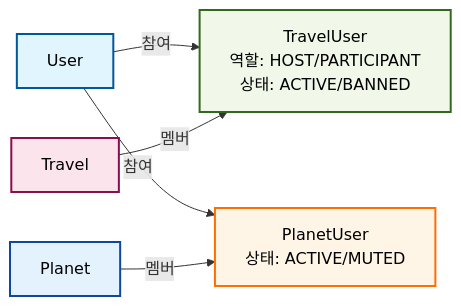
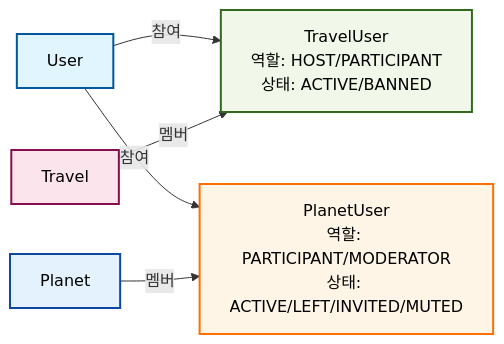
The fourth of 6 diagrams in .md/entity-relationship-diagram.md (maximizest/connecto-nest), drawn with Mermaid before and after one commit. The commit also changed other lines of this file, not shown here.

Commit message:
플래닛 사용자 엔티티의 역할 및 상태 정의 변경: PlanetUser 엔티티의 역할을 PARTICIPANT/MODERATOR로 수정하고, 상태를 ACTIVE/LEFT/INVITED/MUTED로 업데이트함. 추가 필드를 도입하여 사용자 관리 기능을 강화하고, 관련 문서에서 변경 사항을 반영함.

````diff
--- a/.md/entity-relationship-diagram.md
+++ b/.md/entity-relationship-diagram.md
@@ -86,19 +86,19 @@
 ```mermaid
 graph LR
     User[User]
     Travel[Travel]
     Planet[Planet]
     TravelUser[TravelUser<br/>역할: HOST/PARTICIPANT<br/>상태: ACTIVE/BANNED]
-    PlanetUser[PlanetUser<br/>상태: ACTIVE/MUTED]
+    PlanetUser[PlanetUser<br/>역할: PARTICIPANT/MODERATOR<br/>상태: ACTIVE/LEFT/INVITED/MUTED]
     
     User -->|참여| TravelUser
     Travel -->|멤버| TravelUser
     User -->|참여| PlanetUser
     Planet -->|멤버| PlanetUser
     
     style User fill:#e1f5fe,stroke:#01579b,stroke-width:2px,color:#000
     style Travel fill:#fce4ec,stroke:#880e4f,stroke-width:2px,color:#000
     style Planet fill:#e3f2fd,stroke:#0d47a1,stroke-width:2px,color:#000
     style TravelUser fill:#f1f8e9,stroke:#33691e,stroke-width:2px,color:#000
     style PlanetUser fill:#fef5e7,stroke:#ff6f00,stroke-width:2px,color:#000
 ```
````
